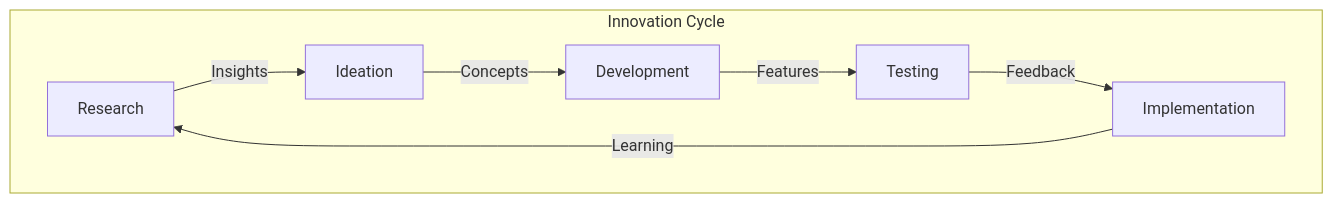
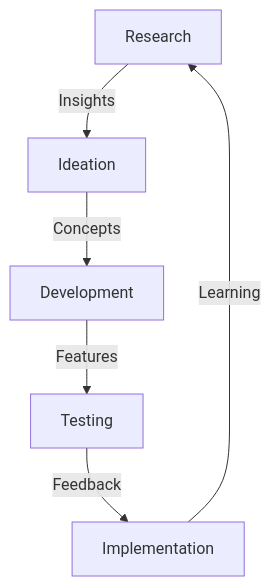
Before and after one commit to MEMEFANS/memefans: diagram 14 of 18 in docs/whitepaper/community-ecosystem.md, drawn with Mermaid. The commit also changed other lines of this file, not shown here.

Commit message:
fix: simplify mermaid diagrams by removing subgraphs

````diff
--- a/docs/whitepaper/community-ecosystem.md
+++ b/docs/whitepaper/community-ecosystem.md
@@ -271,10 +239,8 @@
 ```mermaid
 graph TD
-    subgraph Innovation Cycle
-        R[Research] -->|Insights| I[Ideation]
-        I -->|Concepts| D[Development]
-        D -->|Features| T[Testing]
-        T -->|Feedback| IM[Implementation]
-        IM -->|Learning| R
-    end
+    R[Research] -->|Insights| I[Ideation]
+    I -->|Concepts| D[Development]
+    D -->|Features| T[Testing]
+    T -->|Feedback| IM[Implementation]
+    IM -->|Learning| R
 ```
````
